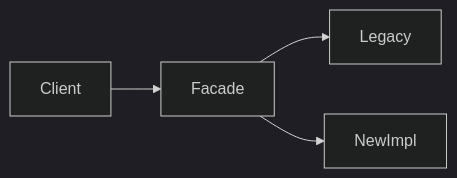
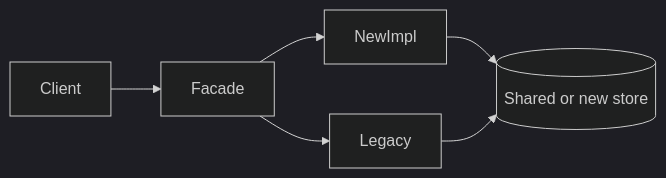
Before and after one commit to lostfromlight1/java-handbook: the diagram in 51-enterprise-java/01-large-codebases.md, drawn with Mermaid (dark theme). The commit also changed other lines of this file and 3 other files, not shown here.

````diff
--- a/51-enterprise-java/01-large-codebases.md
+++ b/51-enterprise-java/01-large-codebases.md
@@ -58,6 +60,8 @@
 ```mermaid
 flowchart LR
   Client --> Facade
   Facade --> Legacy
   Facade --> NewImpl
+  NewImpl --> DB[(Shared or new store)]
+  Legacy --> DB
 ```
````
